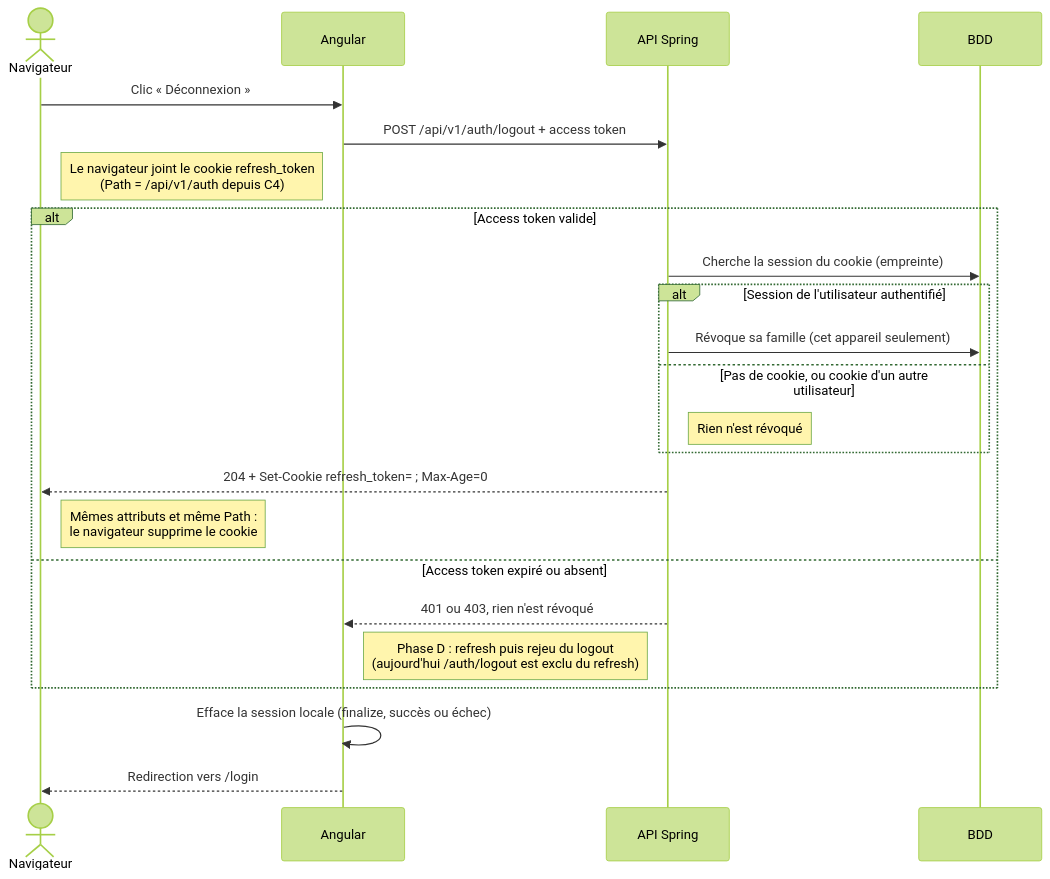
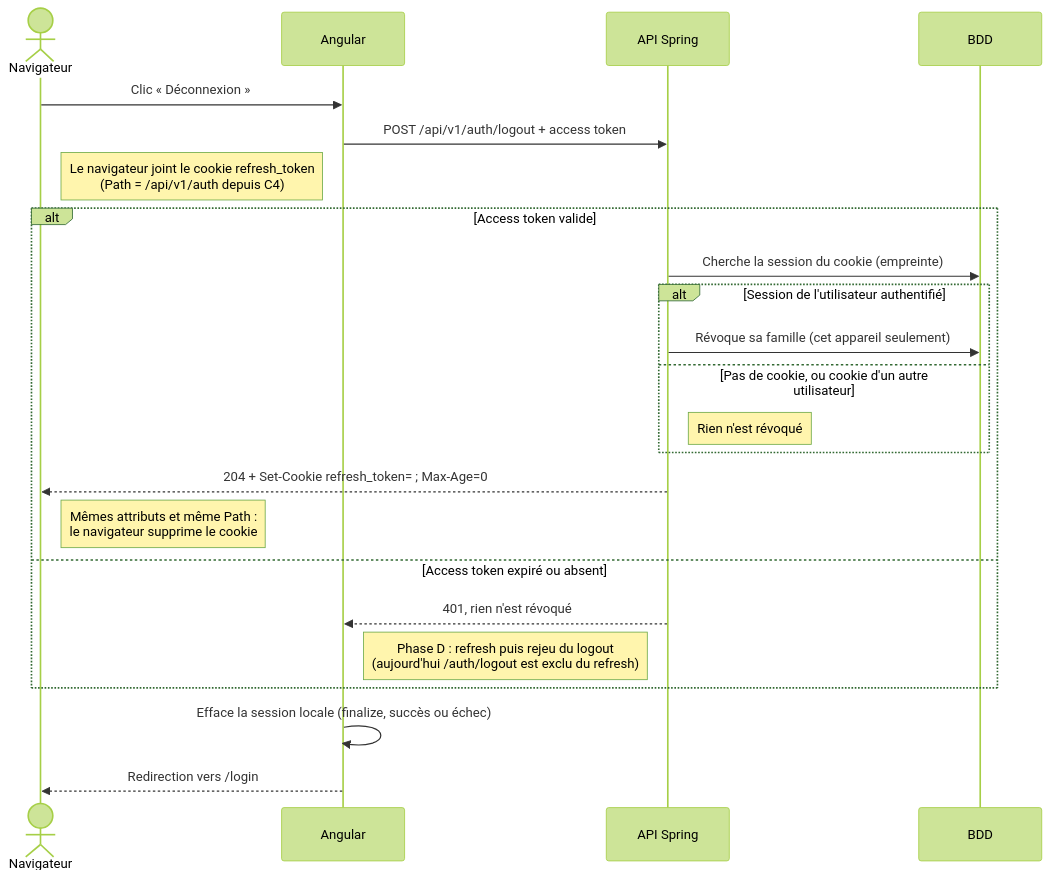
The second of 3 diagrams in docs/diagrams/refresh.md (Franck1vlt/Parkyn), drawn with Mermaid (forest theme) before and after one commit. The commit also changed 11 other files, not shown here.

````diff
--- a/docs/diagrams/refresh.md
+++ b/docs/diagrams/refresh.md
@@ -76,28 +76,28 @@
 ```mermaid
 sequenceDiagram
 actor Navigateur
 participant Angular
 participant API as API Spring
 participant BDD
 
     Navigateur->>Angular: Clic « Déconnexion »
     Angular->>API: POST /api/v1/auth/logout + access token
     Note right of Navigateur: Le navigateur joint le cookie refresh_token<br/>(Path = /api/v1/auth depuis C4)
 
     alt Access token valide
         API->>BDD: Cherche la session du cookie (empreinte)
         alt Session de l'utilisateur authentifié
             API->>BDD: Révoque sa famille (cet appareil seulement)
         else Pas de cookie, ou cookie d'un autre utilisateur
             Note right of API: Rien n'est révoqué
         end
         API-->>Navigateur: 204 + Set-Cookie refresh_token= #59; Max-Age=0
         Note right of Navigateur: Mêmes attributs et même Path :<br/>le navigateur supprime le cookie
     else Access token expiré ou absent
-        API-->>Angular: 401 ou 403, rien n'est révoqué
+        API-->>Angular: 401, rien n'est révoqué
         Note right of Angular: Phase D : refresh puis rejeu du logout<br/>(aujourd'hui /auth/logout est exclu du refresh)
     end
 
     Angular->>Angular: Efface la session locale (finalize, succès ou échec)
     Angular-->>Navigateur: Redirection vers /login
 ```
````
